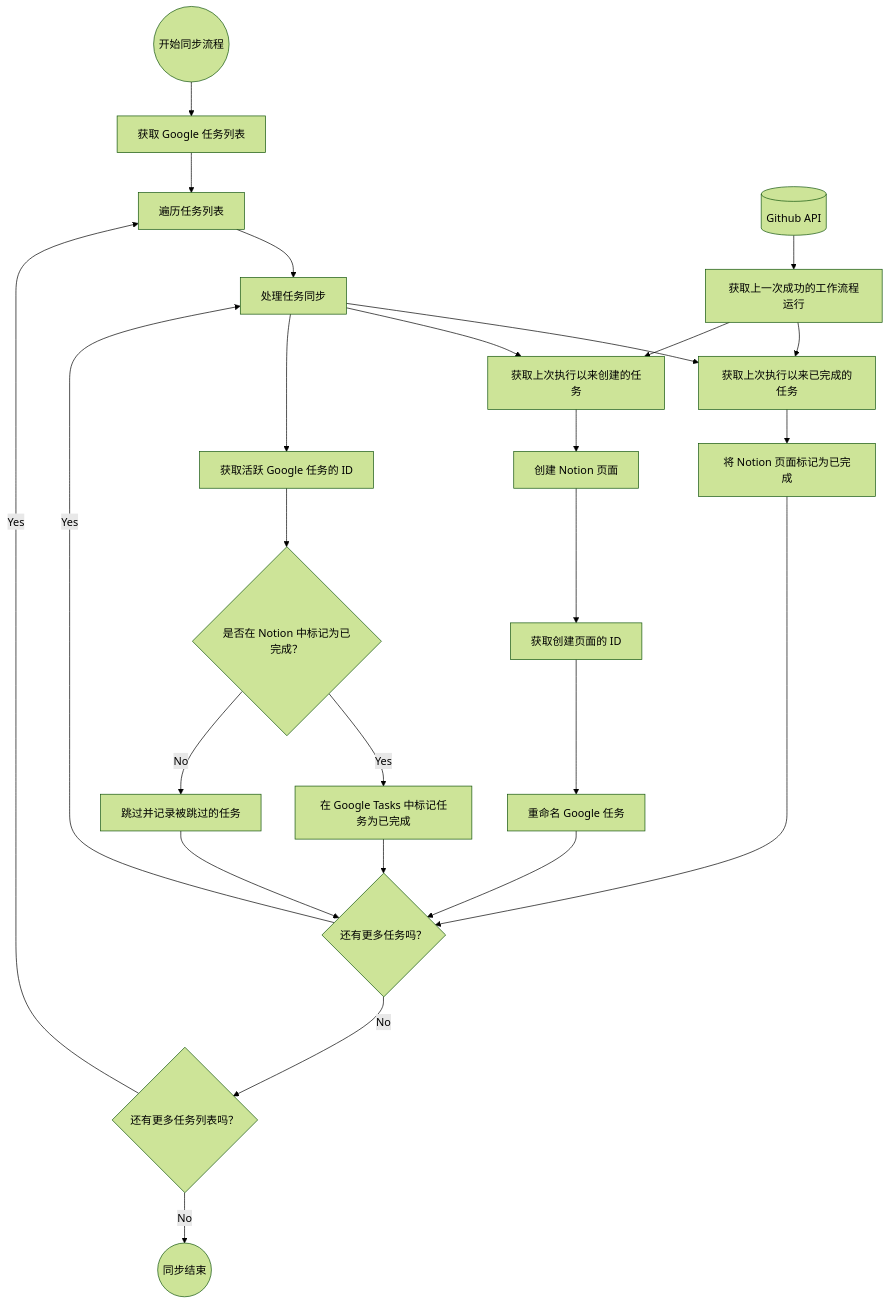
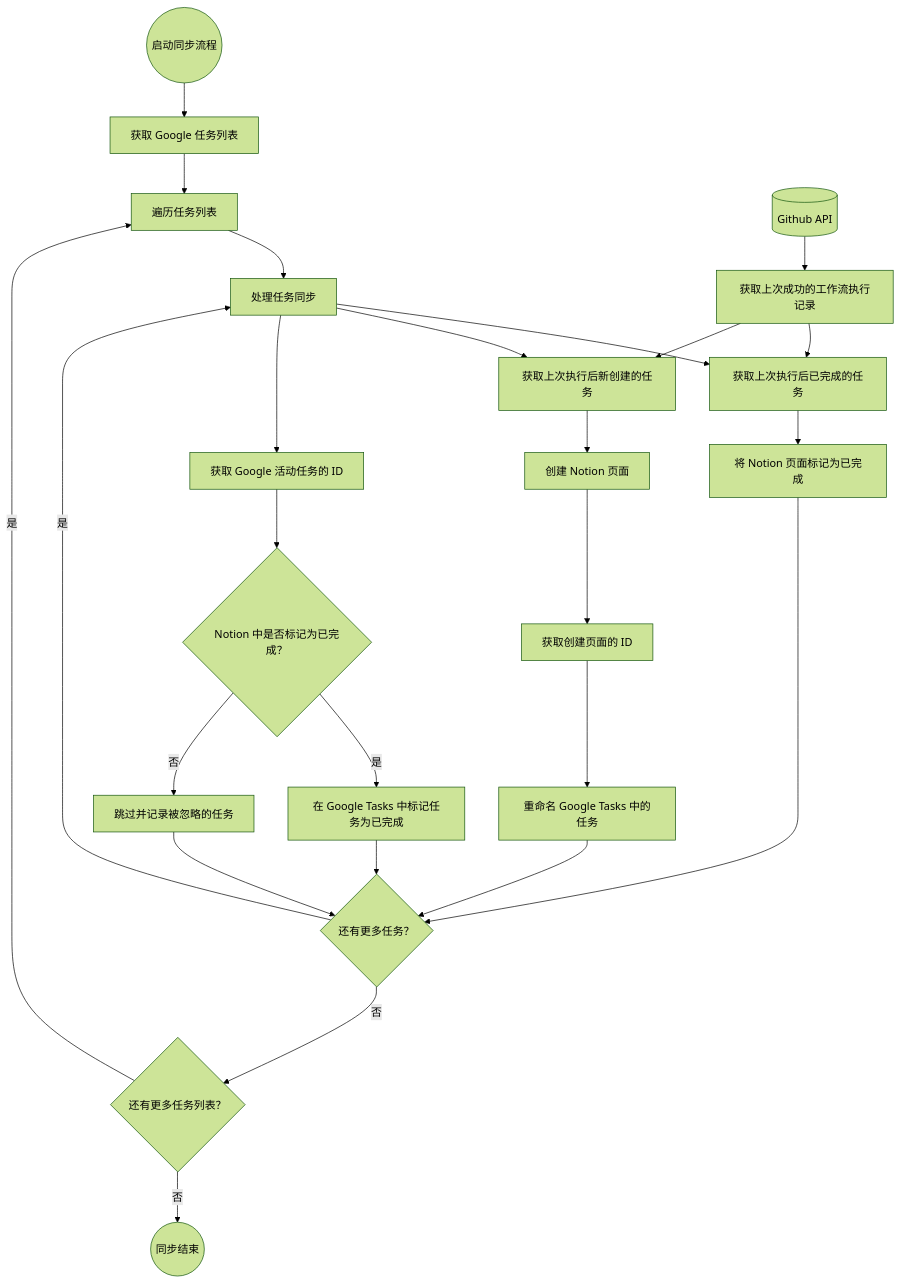
One commit to MarcChen/marcchen.github.io changed the first of 2 diagrams in content/posts/Codelab/Notion2googletask/index.zh-cn.md. Above: the diagram before and after it, drawn with Mermaid (forest theme). The commit also changed other lines of this file and 2 other files, not shown here.

Commit message:
updated notion2task posts

```diff
--- a/content/posts/Codelab/Notion2googletask/index.zh-cn.md
+++ b/content/posts/Codelab/Notion2googletask/index.zh-cn.md
@@ -231,31 +36,28 @@
 {{< mermaid align="center">}}
   graph TD
 
-    A((开始同步流程)) --> B[获取 Google 任务列表]
-
+    A((启动同步流程)) --> B[获取 Google 任务列表]
     B --> C[遍历任务列表]
     C --> D[处理任务同步]
-    D --> TASK1[获取上次执行以来已完成的任务]
-    D --> TASK2[获取上次执行以来创建的任务]
-    D --> TASK3[获取活跃 Google 任务的 ID]
-    DB1[(Github API)] --> DB2[获取上一次成功的工作流程运行]
+    D --> TASK1[获取上次执行后已完成的任务]
+    D --> TASK2[获取上次执行后新创建的任务]
+    D --> TASK3[获取 Google 活动任务的 ID]
+    DB1[(Github API)] --> DB2[获取上次成功的工作流执行记录]
     DB2 --> TASK1
     DB2 --> TASK2
-
     TASK1 --> TASK11[将 Notion 页面标记为已完成]
-    TASK11 --> X{还有更多任务吗？}
+    TASK11 --> X{还有更多任务？}
     TASK2 --> TASK21[创建 Notion 页面]
     TASK21 --> TASK211[获取创建页面的 ID]
-    TASK211 --> TASK2111[重命名 Google 任务]
+    TASK211 --> TASK2111[重命名 Google Tasks 中的任务]
     TASK2111 --> X
-    TASK3 --> TASK31{是否在 Notion 中标记为已完成？}
-    TASK31 --> |Yes| TASK311[在 Google Tasks 中标记任务为已完成]
-    TASK31 --> |No| TASK312[跳过并记录被跳过的任务]
+    TASK3 --> TASK31{Notion 中是否标记为已完成？}
+    TASK31 --> |是| TASK311[在 Google Tasks 中标记任务为已完成]
+    TASK31 --> |否| TASK312[跳过并记录被忽略的任务]
     TASK311 --> X
     TASK312 --> X
-
-    X --> |Yes| D
-    X --> |No| Y{还有更多任务列表吗？}
-    Y --> |Yes| C
-    Y --> |No| Z((同步结束))  
+    X --> |是| D
+    X --> |否| Y{还有更多任务列表？}
+    Y --> |是| C
+    Y --> |否| Z((同步结束))
 {{< /mermaid >}}
```
